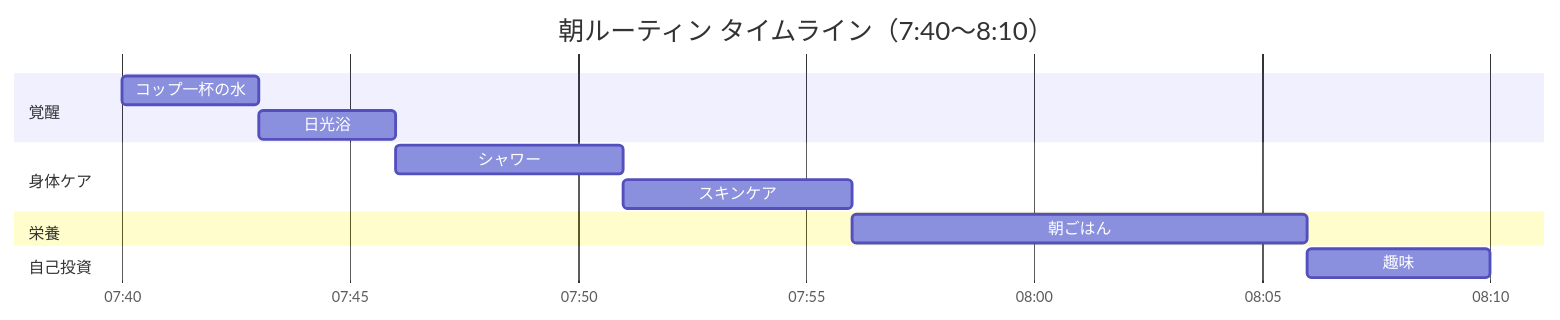
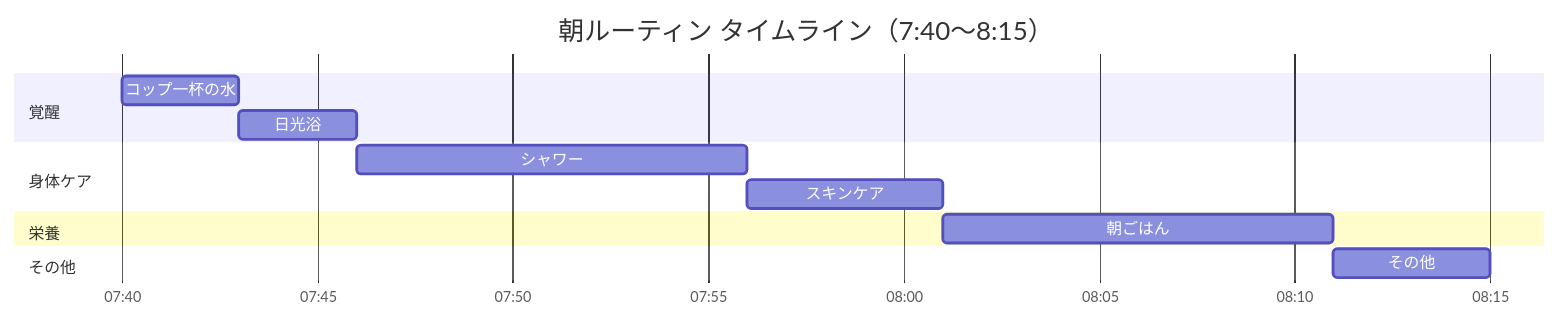
The second of 12 diagrams in 朝ルーティン定着化プロジェクト.md (iharak058070-afk/test), drawn with Mermaid before and after one commit. The commit also changed other lines of this file, not shown here.

First line of the commit message:
Update 朝ルーティン: シャワー10min化・趣味→その他（ミッション確認+1曲）に変更

````diff
--- a/朝ルーティン定着化プロジェクト.md
+++ b/朝ルーティン定着化プロジェクト.md
@@ -33,20 +33,20 @@
 ```mermaid
 gantt
-    title 朝ルーティン タイムライン（7:40〜8:10）
+    title 朝ルーティン タイムライン（7:40〜8:15）
     dateFormat HH:mm
     axisFormat %H:%M
 
     section 覚醒
     コップ一杯の水       :water, 07:40, 3m
     日光浴               :sun, after water, 3m
 
     section 身体ケア
-    シャワー             :shower, after sun, 5m
+    シャワー             :shower, after sun, 10m
     スキンケア           :skin, after shower, 5m
 
     section 栄養
     朝ごはん             :meal, after skin, 10m
 
-    section 自己投資
-    趣味                 :hobby, after meal, 4m
+    section その他
+    その他               :other, after meal, 4m
 ```
````
